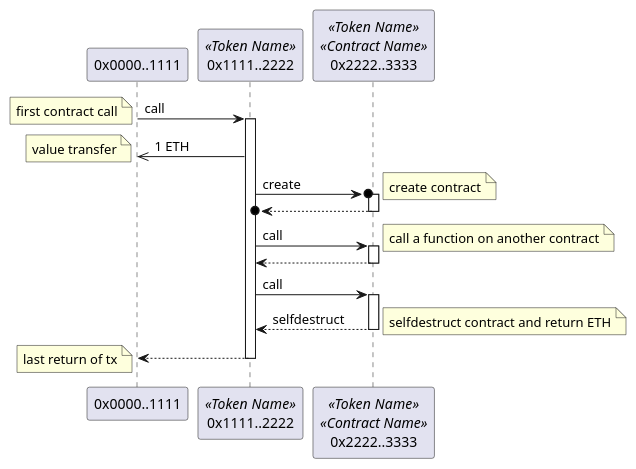
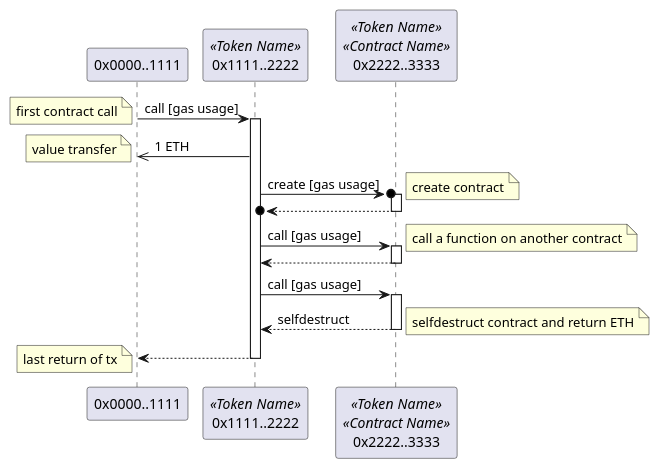
Before and after one commit to naddison36/tx2uml: the diagram in examples/syntax.puml, drawn with PlantUML. The commit also changed 17 other files, not shown here.

Commit message:
Added -g option for reporting gas usage Bumped version to 0.0.3

```diff
--- a/examples/syntax.puml
+++ b/examples/syntax.puml
@@ -1,27 +1,27 @@
 @startuml
 
 participant "0x0000..1111" as 00001111
 participant "0x1111..2222" as 11112222 <<Token Name>>
 participant "0x2222..3333" as 22223333 <<Token Name>><<Contract Name>>
 
-00001111 -> 11112222: call
+00001111 -> 11112222: call [gas usage]
 note left: first contract call
 activate 11112222
 11112222 ->> 00001111: 1 ETH
 note left: value transfer
-11112222 ->o 22223333: create
+11112222 ->o 22223333: create [gas usage]
 note right: create contract
 activate 22223333
 return
-11112222 -> 22223333: call
+11112222 -> 22223333: call [gas usage]
 note right: call a function on another contract
 activate 22223333
 return
-11112222 -> 22223333: call
+11112222 -> 22223333: call [gas usage]
 activate 22223333
 return selfdestruct
 note right: selfdestruct contract and return ETH
 return
 note left: last return of tx
 
 @endumls
```
